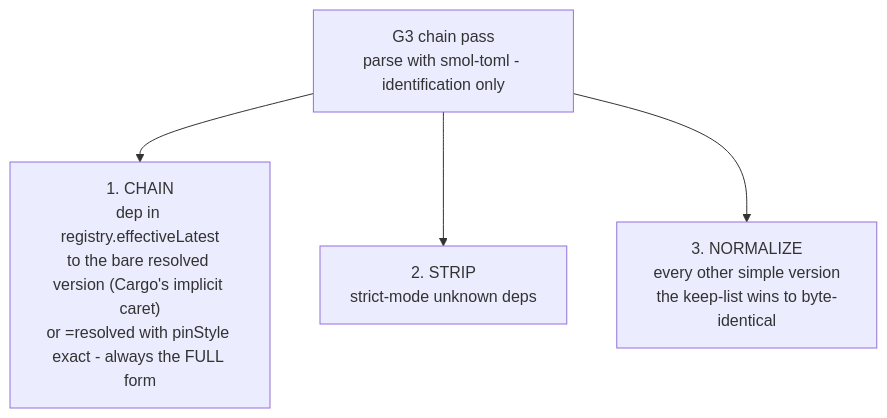
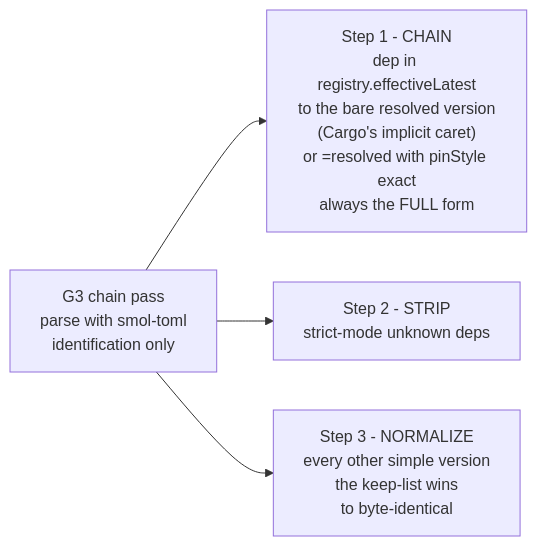
One commit to PlayForm/Site-DeepSeek changed the diagram in Source/Content/Mermaid/govcargo-chain-pass.mmd. Above: the diagram before and after it, drawn with Mermaid. The commit also changed 19 other files, not shown here.

```diff
--- a/Source/Content/Mermaid/govcargo-chain-pass.mmd
+++ b/Source/Content/Mermaid/govcargo-chain-pass.mmd
@@ -1,8 +1,8 @@
-flowchart TD
-	G3["G3 chain pass<br/>parse with smol-toml - identification only"]
-	S1["1. CHAIN<br/>dep in registry.effectiveLatest<br/>to the bare resolved version (Cargo's implicit caret)<br/>or =resolved with pinStyle exact - always the FULL form"]
-	S2["2. STRIP<br/>strict-mode unknown deps"]
-	S3["3. NORMALIZE<br/>every other simple version<br/>the keep-list wins to byte-identical"]
+flowchart LR
+	G3["G3 chain pass<br/>parse with smol-toml<br/>identification only"]
+	S1["Step 1 - CHAIN<br/>dep in registry.effectiveLatest<br/>to the bare resolved version<br/>(Cargo's implicit caret)<br/>or =resolved with pinStyle exact<br/>always the FULL form"]
+	S2["Step 2 - STRIP<br/>strict-mode unknown deps"]
+	S3["Step 3 - NORMALIZE<br/>every other simple version<br/>the keep-list wins<br/>to byte-identical"]
 	G3 --> S1
 	G3 --> S2
 	G3 --> S3
```
